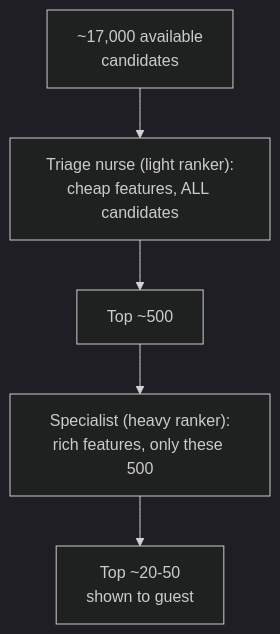
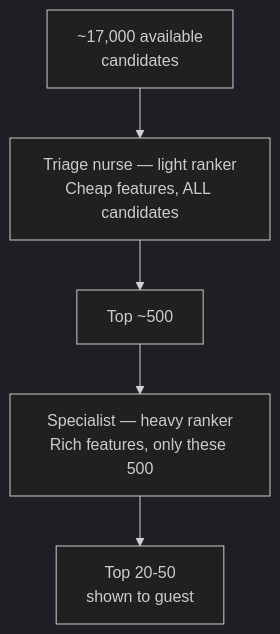
Before and after one commit to riyaz-pasha/Learnings: the eighth of 16 diagrams in system-design/HLD/0-course/52-Design-Airbnb-Search-Ranking-FAANG-Guide-story.md, drawn with Mermaid (dark theme). The commit also changed other lines of this file and 1 other file, not shown here.

Commit message:
[REWRITE] Airbnb Search Ranking story guide: simplify prose, add structure, fix diagrams

````diff
--- a/system-design/HLD/0-course/52-Design-Airbnb-Search-Ranking-FAANG-Guide-story.md
+++ b/system-design/HLD/0-course/52-Design-Airbnb-Search-Ranking-FAANG-Guide-story.md
@@ -147,7 +319,7 @@
 ```mermaid
 flowchart TD
-    A["~17,000 available\ncandidates"] --> NURSE["Triage nurse (light ranker):\ncheap features, ALL candidates"]
+    A["~17,000 available<br/>candidates"] --> NURSE["Triage nurse — light ranker<br/>Cheap features, ALL candidates"]
     NURSE --> B["Top ~500"]
-    B --> DOC["Specialist (heavy ranker):\nrich features, only these 500"]
-    DOC --> C["Top ~20-50\nshown to guest"]
+    B --> DOC["Specialist — heavy ranker<br/>Rich features, only these 500"]
+    DOC --> C["Top 20-50<br/>shown to guest"]
 ```
````
